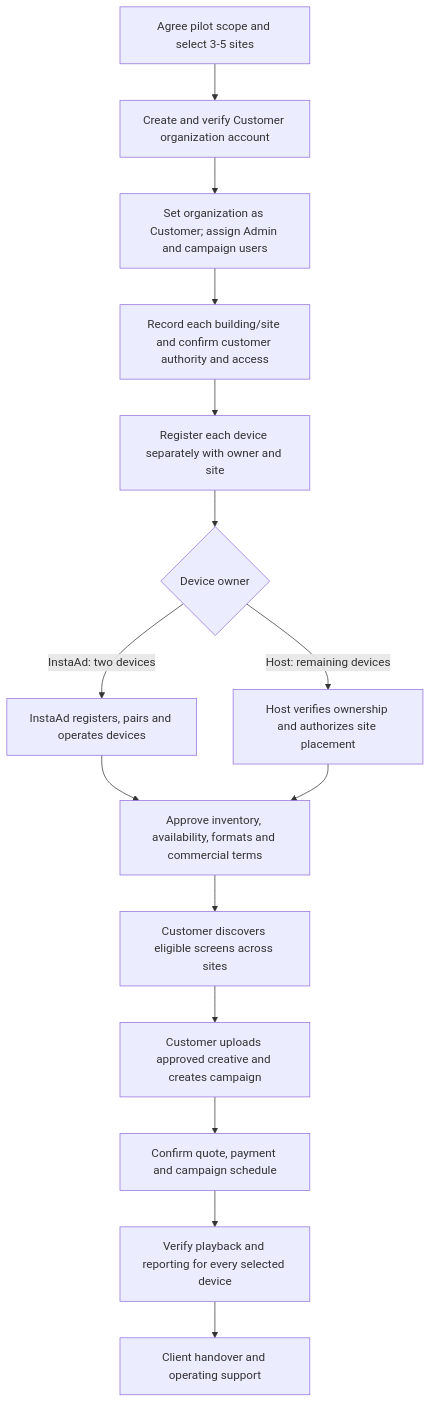
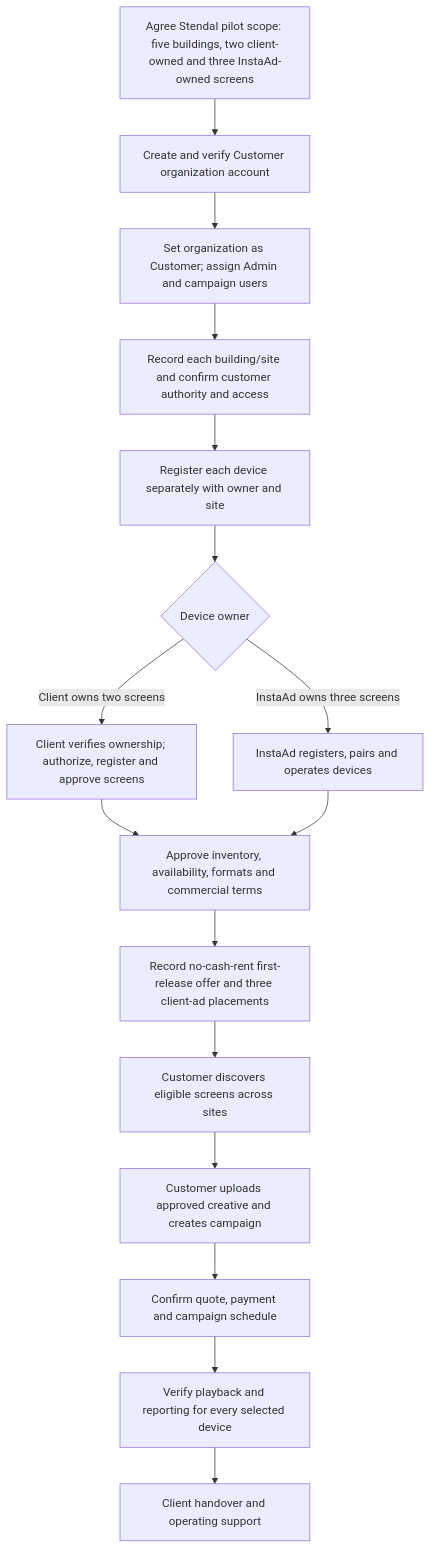
Before and after one commit to InstaAd/Engineering-Wiki: the diagram in Feature Documentation/First-Organization-Customer-Pilot-Readiness.md, drawn with Mermaid. The commit also changed other lines of this file and 2 other files, not shown here.

Commit message:
Document Stendal first-customer screen exchange

````diff
--- a/Feature Documentation/First-Organization-Customer-Pilot-Readiness.md
+++ b/Feature Documentation/First-Organization-Customer-Pilot-Readiness.md
@@ -39,17 +41,18 @@
 ```mermaid
 flowchart TD
-    A[Agree pilot scope and select 3-5 sites] --> B[Create and verify Customer organization account]
+    A[Agree Stendal pilot scope: five buildings, two client-owned and three InstaAd-owned screens] --> B[Create and verify Customer organization account]
     B --> C[Set organization as Customer; assign Admin and campaign users]
     C --> D[Record each building/site and confirm customer authority and access]
     D --> E[Register each device separately with owner and site]
     E --> F{Device owner}
-    F -->|InstaAd: two devices| G[InstaAd registers, pairs and operates devices]
-    F -->|Host: remaining devices| H[Host verifies ownership and authorizes site placement]
+    F -->|Client owns two screens| G[Client verifies ownership; authorize, register and approve screens]
+    F -->|InstaAd owns three screens| H[InstaAd registers, pairs and operates devices]
     G --> I[Approve inventory, availability, formats and commercial terms]
     H --> I
-    I --> J[Customer discovers eligible screens across sites]
+    I --> I1[Record no-cash-rent first-release offer and three client-ad placements]
+    I1 --> J[Customer discovers eligible screens across sites]
     J --> K[Customer uploads approved creative and creates campaign]
     K --> L[Confirm quote, payment and campaign schedule]
     L --> M[Verify playback and reporting for every selected device]
     M --> N[Client handover and operating support]
 ```
````
